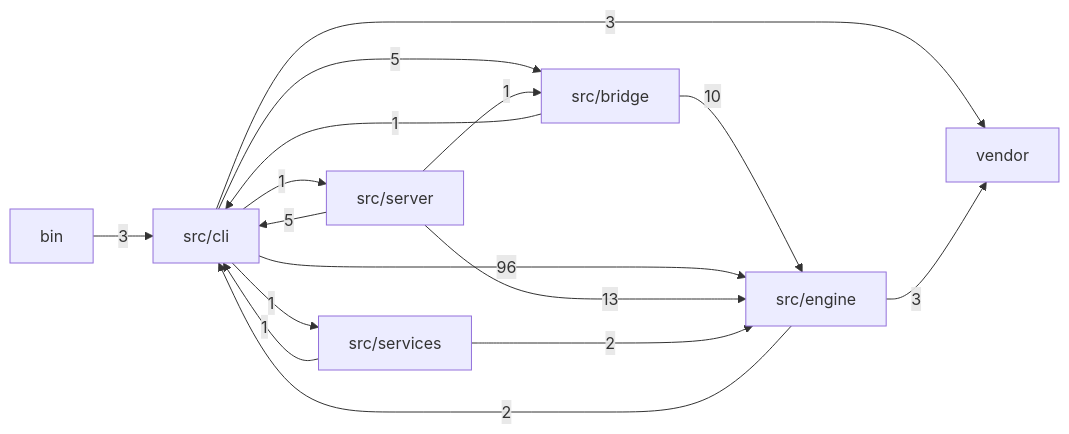
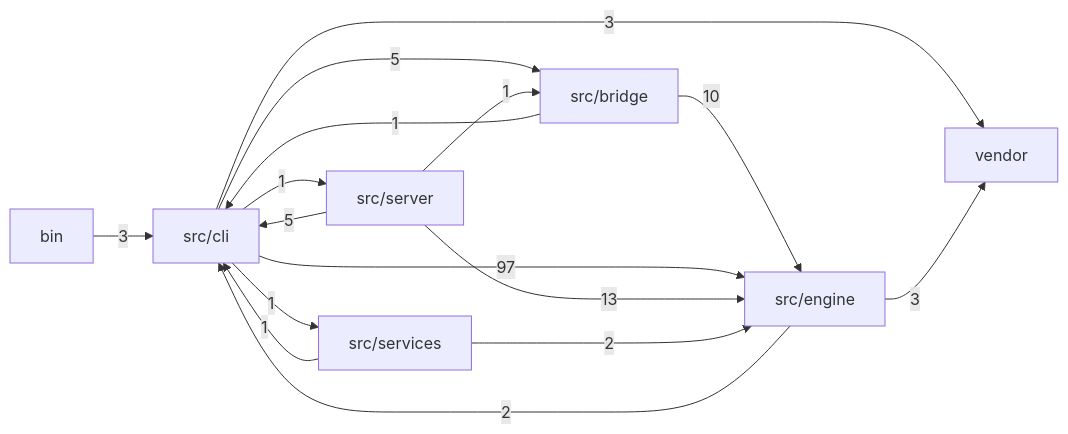
Before and after one commit to mgillr/memev: the first of 2 diagrams in docs/MODULES.md, drawn with Mermaid. The commit also changed other lines of this file and 16 other files, not shown here.

````diff
--- a/docs/MODULES.md
+++ b/docs/MODULES.md
@@ -11,25 +11,25 @@
 ```mermaid
 flowchart LR
   bin["bin"]
   bridge["src/bridge"]
   cli["src/cli"]
   engine["src/engine"]
   server["src/server"]
   services["src/services"]
   vendor["vendor"]
   bin -->|"3"| cli
   bridge -->|"1"| cli
   bridge -->|"10"| engine
   cli -->|"5"| bridge
-  cli -->|"96"| engine
+  cli -->|"97"| engine
   cli -->|"1"| server
   cli -->|"1"| services
   cli -->|"3"| vendor
   engine -->|"2"| cli
   engine -->|"3"| vendor
   server -->|"1"| bridge
   server -->|"5"| cli
   server -->|"13"| engine
   services -->|"1"| cli
   services -->|"2"| engine
 ```
````
